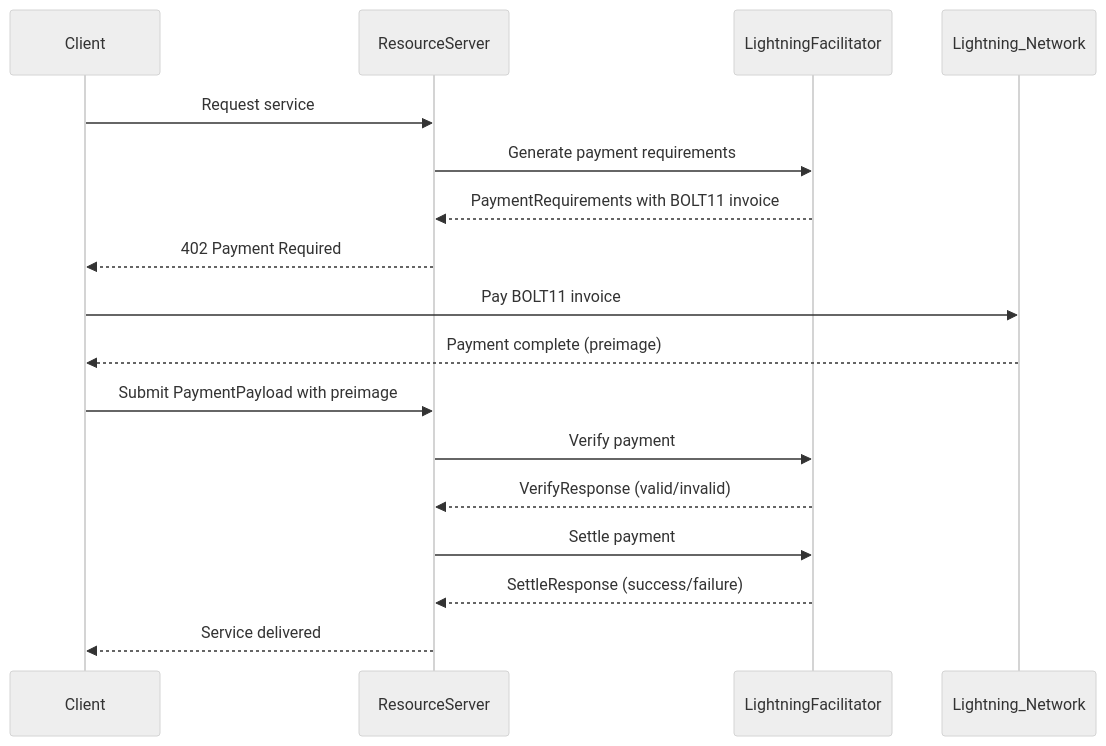
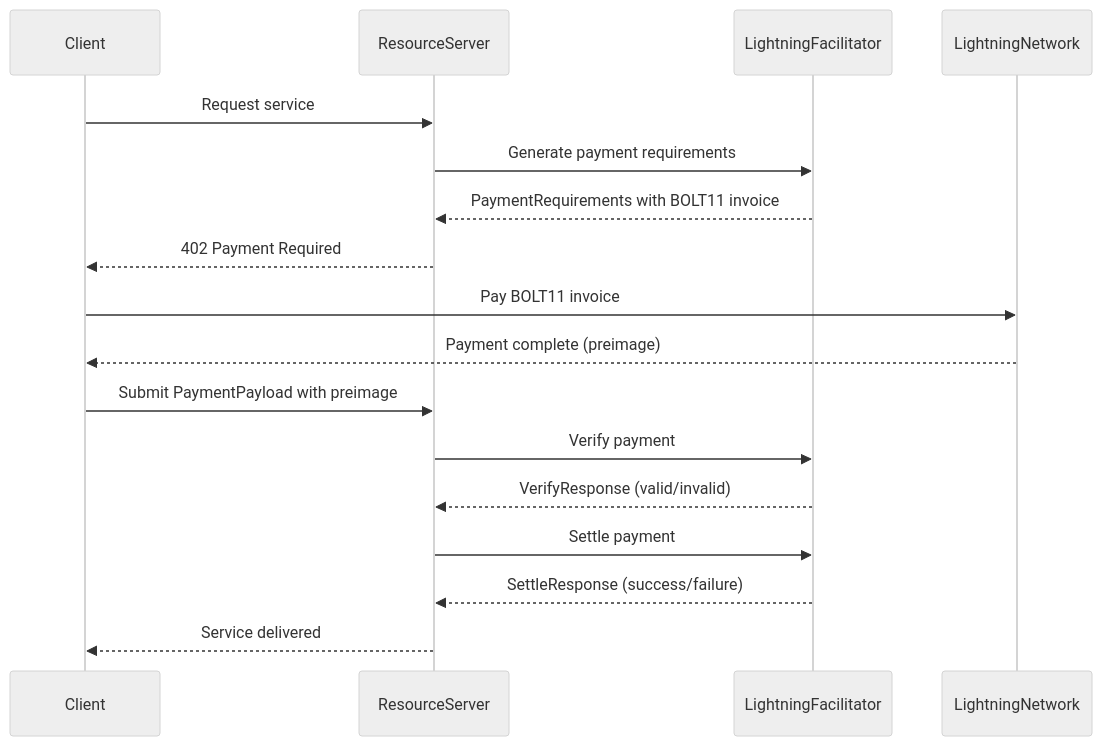
The diagram in schemes/scheme_exact_lightning.md (google-agentic-commerce/a2a-x402), drawn with Mermaid (neutral theme) before and after one commit. The commit also changed other lines of this file, not shown here.

Commit message:
docs: improve Lightning scheme structure and add x402 pattern link

````diff
--- a/schemes/scheme_exact_lightning.md
+++ b/schemes/scheme_exact_lightning.md
@@ -99,22 +34,22 @@
 ```mermaid
 sequenceDiagram
    participant Client
    participant ResourceServer
    participant LightningFacilitator
-   participant Lightning_Network
+   participant LightningNetwork
 
    Client->>ResourceServer: Request service
    ResourceServer->>LightningFacilitator: Generate payment requirements
    LightningFacilitator-->>ResourceServer: PaymentRequirements with BOLT11 invoice
    ResourceServer-->>Client: 402 Payment Required
 
-   Client->>Lightning_Network: Pay BOLT11 invoice
-   Lightning_Network-->>Client: Payment complete (preimage)
+   Client->>LightningNetwork: Pay BOLT11 invoice
+   LightningNetwork-->>Client: Payment complete (preimage)
 
    Client->>ResourceServer: Submit PaymentPayload with preimage
    ResourceServer->>LightningFacilitator: Verify payment
    LightningFacilitator-->>ResourceServer: VerifyResponse (valid/invalid)
    ResourceServer->>LightningFacilitator: Settle payment
    LightningFacilitator-->>ResourceServer: SettleResponse (success/failure)
    ResourceServer-->>Client: Service delivered
 ```
````
